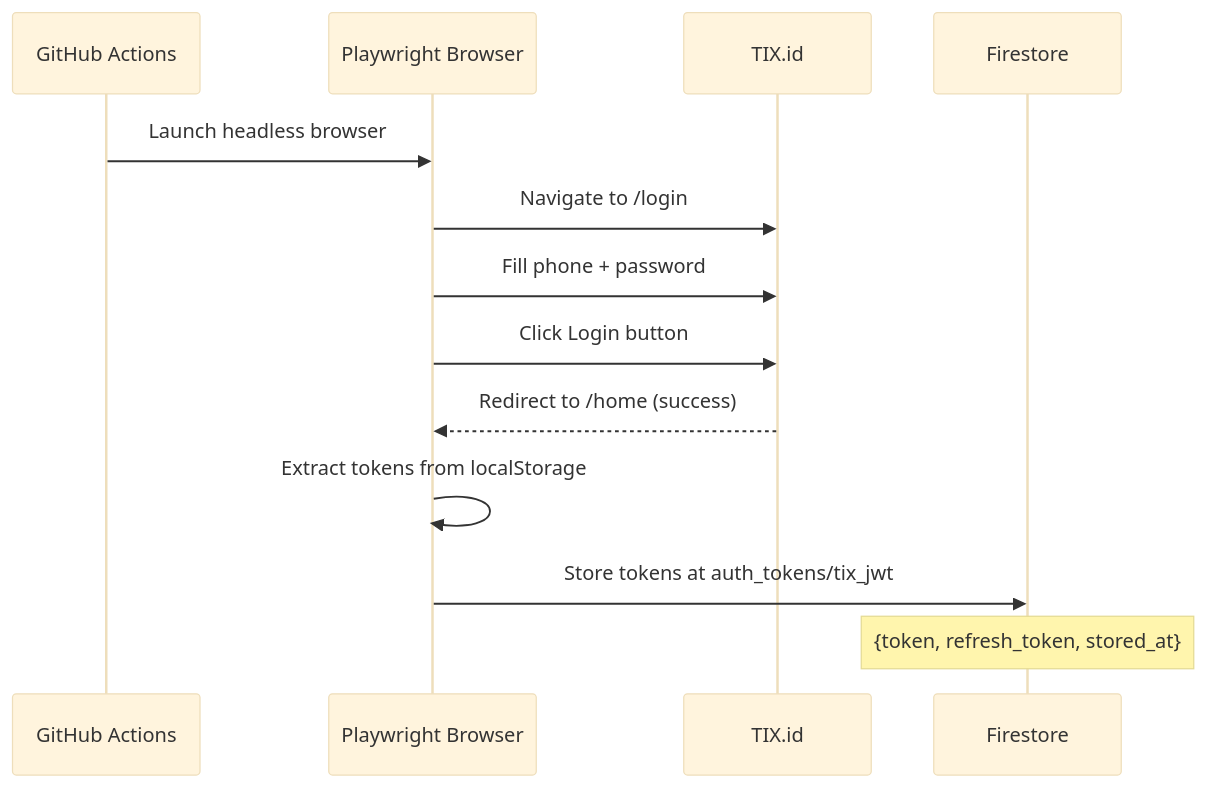
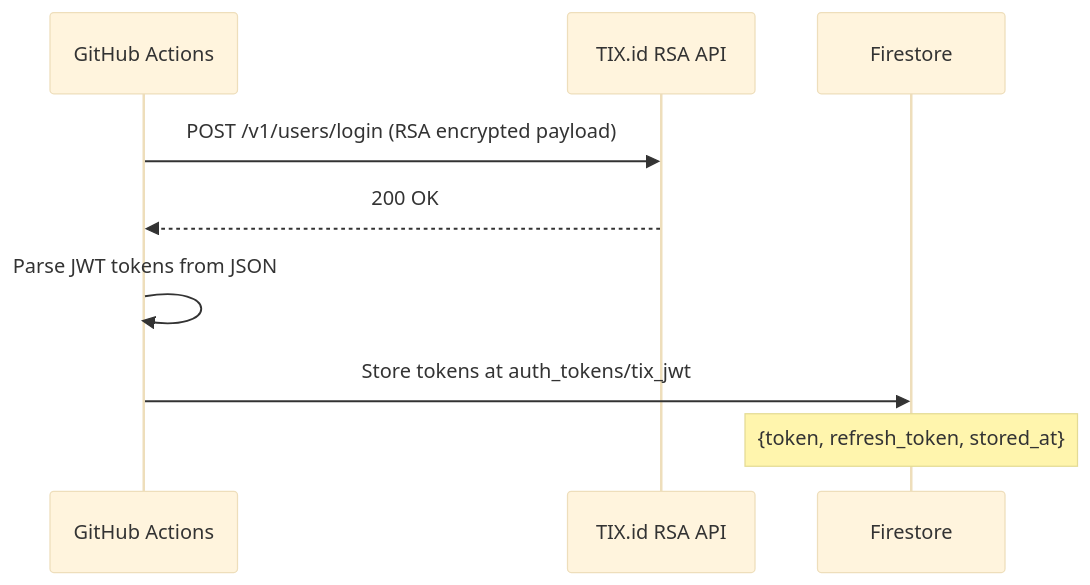
Before and after one commit to okihita/CineRadar: the second of 5 diagrams in docs/03_daily_pipeline.md, drawn with Mermaid (base theme). The commit also changed other lines of this file and 8 other files, not shown here.

````diff
--- a/docs/03_daily_pipeline.md
+++ b/docs/03_daily_pipeline.md
@@ -54,16 +54,12 @@
 ```mermaid
 sequenceDiagram
     participant GH as GitHub Actions
-    participant PW as Playwright Browser
-    participant TIX as TIX.id
+    participant API as TIX.id RSA API
     participant FS as Firestore
 
-    GH->>PW: Launch headless browser
-    PW->>TIX: Navigate to /login
-    PW->>TIX: Fill phone + password
-    PW->>TIX: Click Login button
-    TIX-->>PW: Redirect to /home (success)
-    PW->>PW: Extract tokens from localStorage
-    PW->>FS: Store tokens at auth_tokens/tix_jwt
+    GH->>API: POST /v1/users/login (RSA encrypted payload)
+    API-->>GH: 200 OK
+    GH->>GH: Parse JWT tokens from JSON
+    GH->>FS: Store tokens at auth_tokens/tix_jwt
     Note over FS: {token, refresh_token, stored_at}
 ```
````
